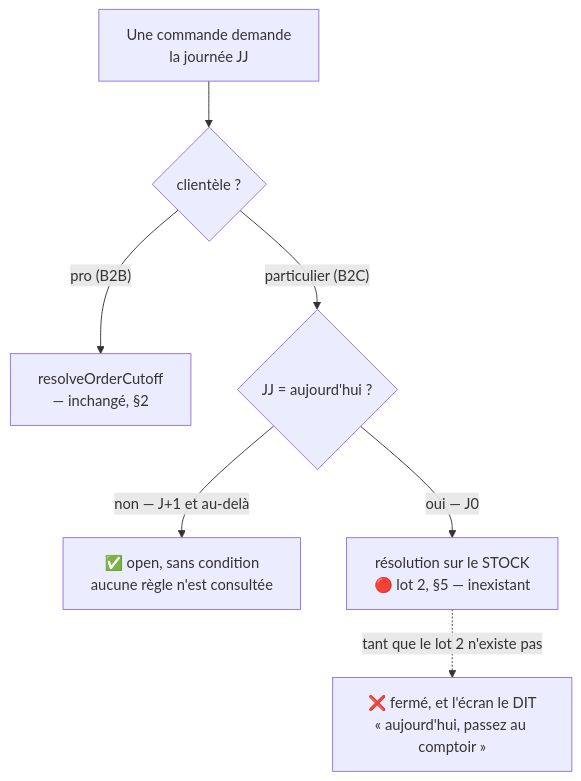
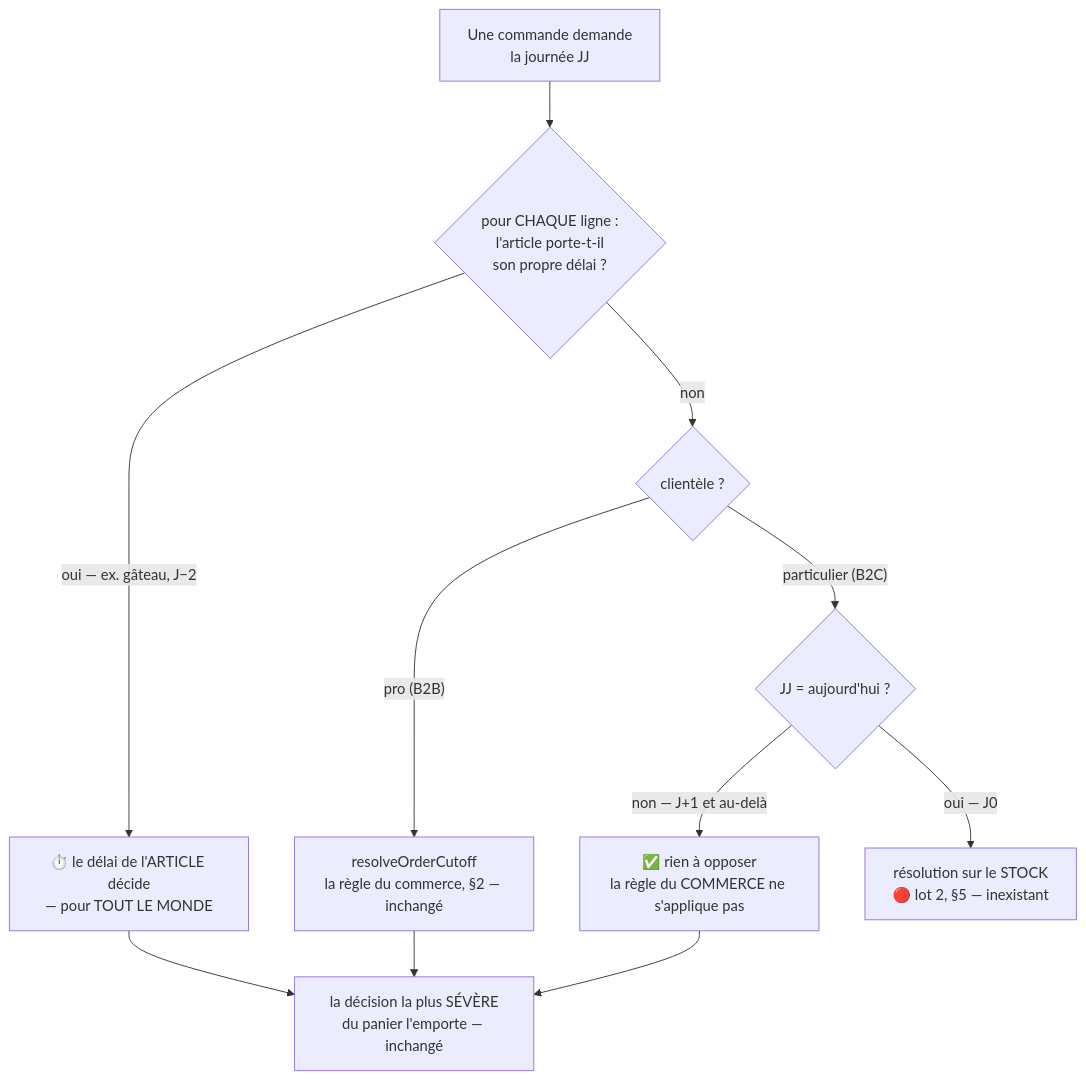
Before and after one commit to hugoheynard/lfd: the fourth of 4 diagrams in documentation/b2b/plan-heure-limite-par-clientele.md, drawn with Mermaid. The commit also changed other lines of this file and 1 other file, not shown here.

````diff
--- a/documentation/b2b/plan-heure-limite-par-clientele.md
+++ b/documentation/b2b/plan-heure-limite-par-clientele.md
@@ -169,12 +208,17 @@
 ```mermaid
 flowchart TD
-    D["Une commande demande<br/>la journée JJ"] --> A{"clientèle ?"}
+    D["Une commande demande<br/>la journée JJ"] --> L{"pour CHAQUE ligne :<br/>l'article porte-t-il<br/>son propre délai ?"}
 
-    A -->|"pro (B2B)"| B2B["resolveOrderCutoff<br/>— inchangé, §2"]
+    L -->|"oui — ex. gâteau, J−2"| ART["⏱️ le délai de l'ARTICLE décide<br/>— pour TOUT LE MONDE"]
+    L -->|non| A{"clientèle ?"}
+
+    A -->|"pro (B2B)"| B2B["resolveOrderCutoff<br/>la règle du commerce, §2 — inchangé"]
     A -->|"particulier (B2C)"| WHEN{"JJ = aujourd'hui ?"}
 
-    WHEN -->|"non — J+1 et au-delà"| LIBRE["✅ open, sans condition<br/>aucune règle n'est consultée"]
+    WHEN -->|"non — J+1 et au-delà"| LIBRE["✅ rien à opposer<br/>la règle du COMMERCE ne s'applique pas"]
     WHEN -->|"oui — J0"| STOCK["résolution sur le STOCK<br/>🔴 lot 2, §5 — inexistant"]
 
-    STOCK -.->|"tant que le lot 2 n'existe pas"| FERME["❌ fermé, et l'écran le DIT<br/>« aujourd'hui, passez au comptoir »"]
+    ART --> STRICT["la décision la plus SÉVÈRE<br/>du panier l'emporte — inchangé"]
+    B2B --> STRICT
+    LIBRE --> STRICT
 ```
````
